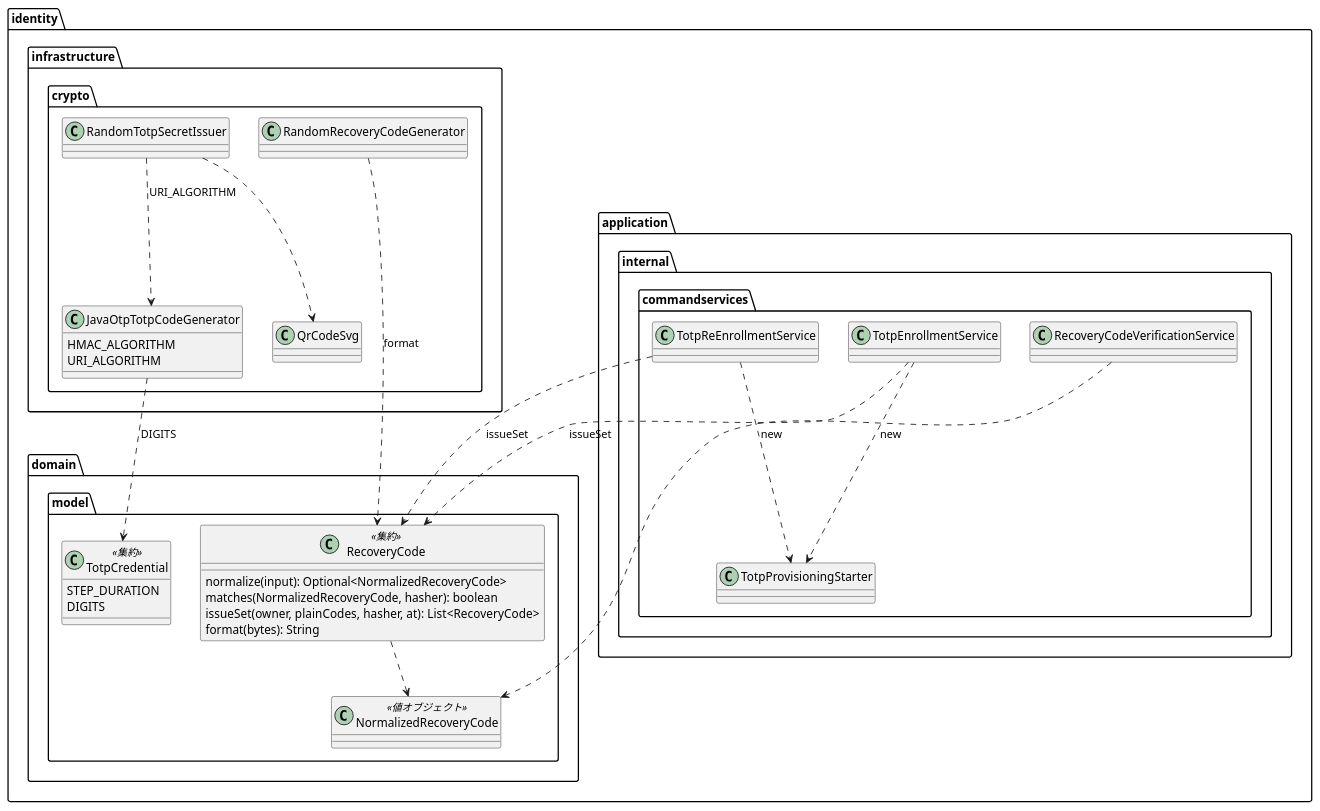
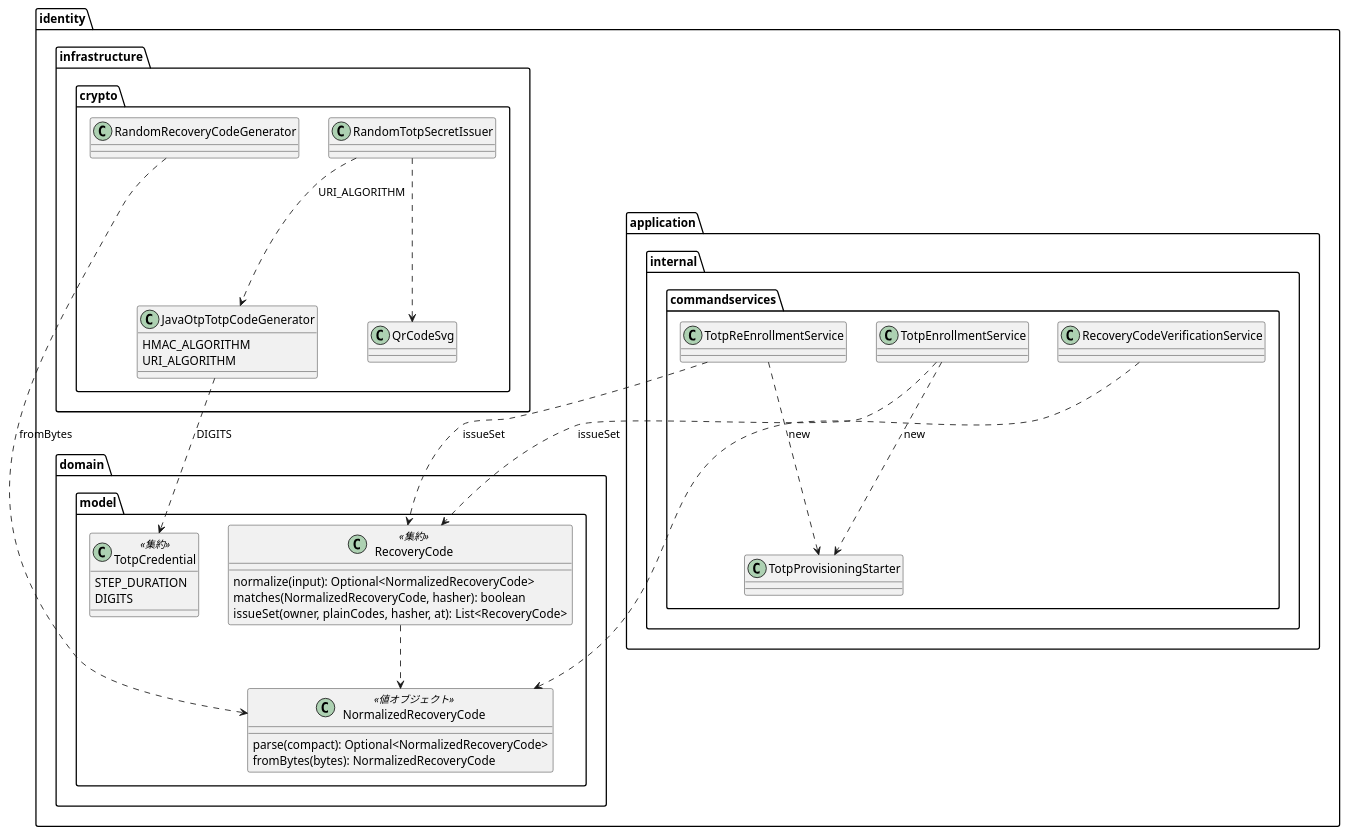
The diagram in docs/development/cargo-tracker/bolt_33d_plan.md (k2works/practical-domain-driven-design-in-enterpris-application), drawn with PlantUML before and after one commit. The commit also changed other lines of this file and 5 other files, not shown here.

````diff
--- a/docs/development/cargo-tracker/bolt_33d_plan.md
+++ b/docs/development/cargo-tracker/bolt_33d_plan.md
@@ -64,44 +64,46 @@
 ```plantuml
 @startuml
 package "identity" {
   package "domain.model" {
     class TotpCredential <<集約>> {
       STEP_DURATION
       DIGITS
     }
     class RecoveryCode <<集約>> {
       normalize(input): Optional<NormalizedRecoveryCode>
       matches(NormalizedRecoveryCode, hasher): boolean
       issueSet(owner, plainCodes, hasher, at): List<RecoveryCode>
-      format(bytes): String
     }
-    class NormalizedRecoveryCode <<値オブジェクト>>
+    class NormalizedRecoveryCode <<値オブジェクト>> {
+      parse(compact): Optional<NormalizedRecoveryCode>
+      fromBytes(bytes): NormalizedRecoveryCode
+    }
   }
   package "application.internal.commandservices" {
     class TotpProvisioningStarter
     class TotpEnrollmentService
     class TotpReEnrollmentService
     class RecoveryCodeVerificationService
   }
   package "infrastructure.crypto" {
     class JavaOtpTotpCodeGenerator {
       HMAC_ALGORITHM
       URI_ALGORITHM
     }
     class RandomTotpSecretIssuer
     class QrCodeSvg
     class RandomRecoveryCodeGenerator
   }
   TotpEnrollmentService ..> TotpProvisioningStarter : new
   TotpReEnrollmentService ..> TotpProvisioningStarter : new
   TotpEnrollmentService ..> RecoveryCode : issueSet
   TotpReEnrollmentService ..> RecoveryCode : issueSet
   RecoveryCodeVerificationService ..> NormalizedRecoveryCode
   RecoveryCode ..> NormalizedRecoveryCode
   RandomTotpSecretIssuer ..> QrCodeSvg
   RandomTotpSecretIssuer ..> JavaOtpTotpCodeGenerator : URI_ALGORITHM
-  RandomRecoveryCodeGenerator ..> RecoveryCode : format
+  RandomRecoveryCodeGenerator ..> NormalizedRecoveryCode : fromBytes
   JavaOtpTotpCodeGenerator ..> TotpCredential : DIGITS
 }
 @enduml
 ```
````
